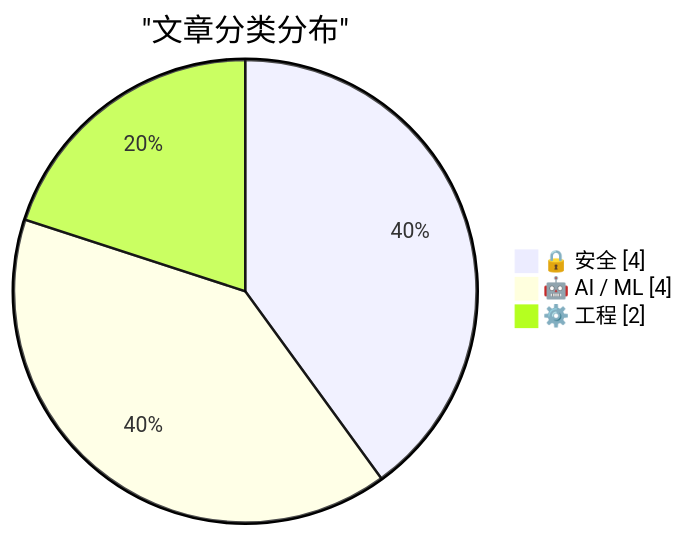
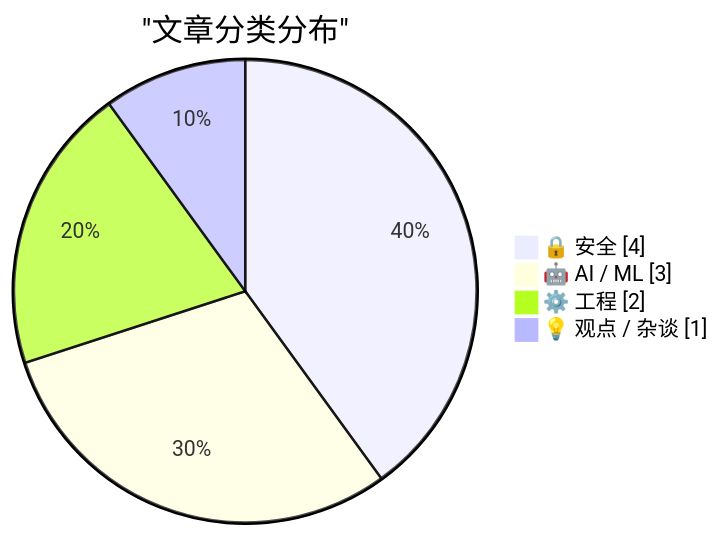
Before and after one commit to originem0/SZBlog: the first of 2 diagrams in content/ai-daily/2026-03-21.md, drawn with Mermaid. The commit also changed other lines of this file, not shown here.

````diff
--- a/content/ai-daily/2026-03-21.md
+++ b/content/ai-daily/2026-03-21.md
@@ -57,7 +56,8 @@
 ```mermaid
 pie showData
     title "文章分类分布"
     "🔒 安全" : 4
-    "🤖 AI / ML" : 4
+    "🤖 AI / ML" : 3
     "⚙️ 工程" : 2
+    "💡 观点 / 杂谈" : 1
 ```
````
